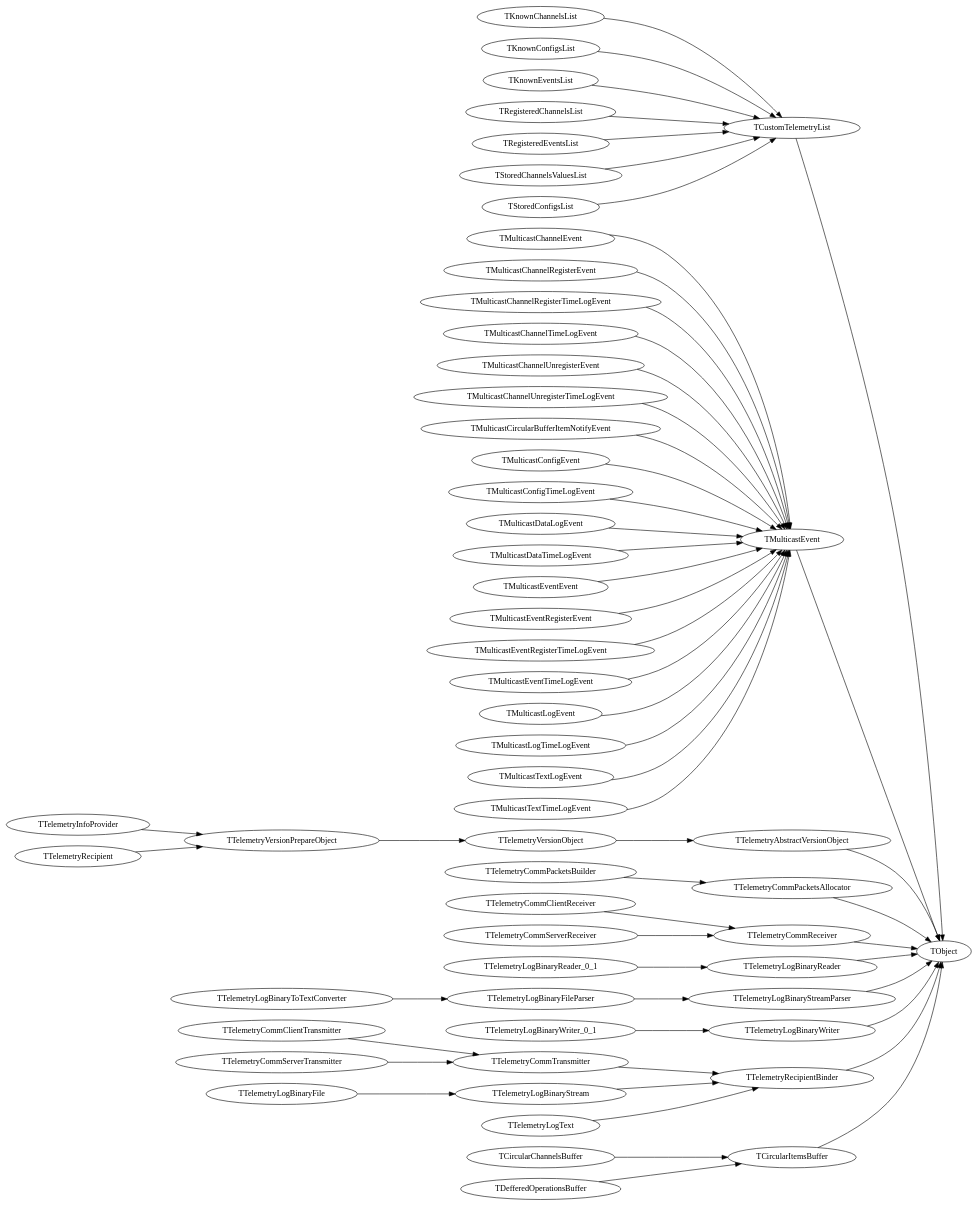
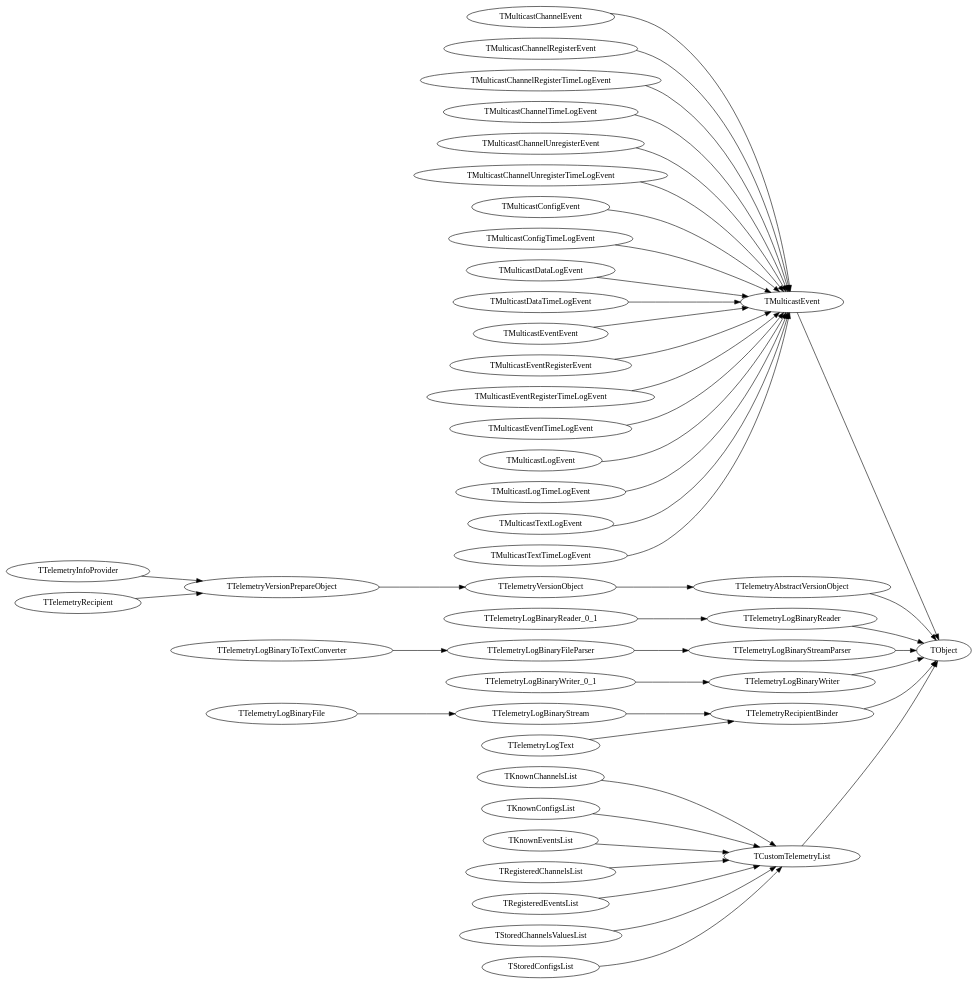
Before and after one commit to TheLazyTomcat/TelemetryLibrary: the diagram in Telemetry Library/Documentation/GVClasses.dot, drawn with Graphviz. The commit also changed 154 other files, not shown here.

```diff
--- a/Telemetry Library/Documentation/GVClasses.dot
+++ b/Telemetry Library/Documentation/GVClasses.dot
@@ -1,113 +1,89 @@
 DiGraph Classes {
 rankdir="LR"
-  TCircularItemsBuffer -> TObject
-  TCircularItemsBuffer [href="TelemetryCommCircularBuffers.TCircularItemsBuffer.html"]
-  TCircularChannelsBuffer -> TCircularItemsBuffer
-  TCircularChannelsBuffer [href="TelemetryCommCircularBuffers.TCircularChannelsBuffer.html"]
-  TDefferedOperationsBuffer -> TCircularItemsBuffer
-  TDefferedOperationsBuffer [href="TelemetryCommCircularBuffers.TDefferedOperationsBuffer.html"]
   TCustomTelemetryList -> TObject
   TCustomTelemetryList [href="TelemetryLists.TCustomTelemetryList.html"]
   TKnownChannelsList -> TCustomTelemetryList
   TKnownChannelsList [href="TelemetryLists.TKnownChannelsList.html"]
   TKnownConfigsList -> TCustomTelemetryList
   TKnownConfigsList [href="TelemetryLists.TKnownConfigsList.html"]
   TKnownEventsList -> TCustomTelemetryList
   TKnownEventsList [href="TelemetryLists.TKnownEventsList.html"]
   TRegisteredChannelsList -> TCustomTelemetryList
   TRegisteredChannelsList [href="TelemetryLists.TRegisteredChannelsList.html"]
   TRegisteredEventsList -> TCustomTelemetryList
   TRegisteredEventsList [href="TelemetryLists.TRegisteredEventsList.html"]
   TStoredChannelsValuesList -> TCustomTelemetryList
   TStoredChannelsValuesList [href="TelemetryLists.TStoredChannelsValuesList.html"]
   TStoredConfigsList -> TCustomTelemetryList
   TStoredConfigsList [href="TelemetryLists.TStoredConfigsList.html"]
   TMulticastEvent -> TObject
   TMulticastEvent [href="TelemetryCommon.TMulticastEvent.html"]
   TMulticastChannelEvent -> TMulticastEvent
   TMulticastChannelEvent [href="TelemetryRecipient.TMulticastChannelEvent.html"]
   TMulticastChannelRegisterEvent -> TMulticastEvent
   TMulticastChannelRegisterEvent [href="TelemetryRecipient.TMulticastChannelRegisterEvent.html"]
   TMulticastChannelRegisterTimeLogEvent -> TMulticastEvent
   TMulticastChannelRegisterTimeLogEvent [href="TelemetryLogBinaryParser.TMulticastChannelRegisterTimeLogEvent.html"]
   TMulticastChannelTimeLogEvent -> TMulticastEvent
   TMulticastChannelTimeLogEvent [href="TelemetryLogBinaryParser.TMulticastChannelTimeLogEvent.html"]
   TMulticastChannelUnregisterEvent -> TMulticastEvent
   TMulticastChannelUnregisterEvent [href="TelemetryRecipient.TMulticastChannelUnregisterEvent.html"]
   TMulticastChannelUnregisterTimeLogEvent -> TMulticastEvent
   TMulticastChannelUnregisterTimeLogEvent [href="TelemetryLogBinaryParser.TMulticastChannelUnregisterTimeLogEvent.html"]
-  TMulticastCircularBufferItemNotifyEvent -> TMulticastEvent
-  TMulticastCircularBufferItemNotifyEvent [href="TelemetryCommCircularBuffers.TMulticastCircularBufferItemNotifyEvent.html"]
   TMulticastConfigEvent -> TMulticastEvent
   TMulticastConfigEvent [href="TelemetryRecipient.TMulticastConfigEvent.html"]
   TMulticastConfigTimeLogEvent -> TMulticastEvent
   TMulticastConfigTimeLogEvent [href="TelemetryLogBinaryParser.TMulticastConfigTimeLogEvent.html"]
   TMulticastDataLogEvent -> TMulticastEvent
   TMulticastDataLogEvent [href="TelemetryLogBinaryParser.TMulticastDataLogEvent.html"]
   TMulticastDataTimeLogEvent -> TMulticastEvent
   TMulticastDataTimeLogEvent [href="TelemetryLogBinaryParser.TMulticastDataTimeLogEvent.html"]
   TMulticastEventEvent -> TMulticastEvent
   TMulticastEventEvent [href="TelemetryRecipient.TMulticastEventEvent.html"]
   TMulticastEventRegisterEvent -> TMulticastEvent
   TMulticastEventRegisterEvent [href="TelemetryRecipient.TMulticastEventRegisterEvent.html"]
   TMulticastEventRegisterTimeLogEvent -> TMulticastEvent
   TMulticastEventRegisterTimeLogEvent [href="TelemetryLogBinaryParser.TMulticastEventRegisterTimeLogEvent.html"]
   TMulticastEventTimeLogEvent -> TMulticastEvent
   TMulticastEventTimeLogEvent [href="TelemetryLogBinaryParser.TMulticastEventTimeLogEvent.html"]
   TMulticastLogEvent -> TMulticastEvent
   TMulticastLogEvent [href="TelemetryRecipient.TMulticastLogEvent.html"]
   TMulticastLogTimeLogEvent -> TMulticastEvent
   TMulticastLogTimeLogEvent [href="TelemetryLogBinaryParser.TMulticastLogTimeLogEvent.html"]
   TMulticastTextLogEvent -> TMulticastEvent
   TMulticastTextLogEvent [href="TelemetryLogBinaryParser.TMulticastTextLogEvent.html"]
   TMulticastTextTimeLogEvent -> TMulticastEvent
   TMulticastTextTimeLogEvent [href="TelemetryLogBinaryParser.TMulticastTextTimeLogEvent.html"]
   TTelemetryAbstractVersionObject -> TObject
   TTelemetryAbstractVersionObject [href="TelemetryVersionObjects.TTelemetryAbstractVersionObject.html"]
   TTelemetryVersionObject -> TTelemetryAbstractVersionObject
   TTelemetryVersionObject [href="TelemetryVersionObjects.TTelemetryVersionObject.html"]
   TTelemetryVersionPrepareObject -> TTelemetryVersionObject
   TTelemetryVersionPrepareObject [href="TelemetryVersionObjects.TTelemetryVersionPrepareObject.html"]
   TTelemetryInfoProvider -> TTelemetryVersionPrepareObject
   TTelemetryInfoProvider [href="TelemetryInfoProvider.TTelemetryInfoProvider.html"]
   TTelemetryRecipient -> TTelemetryVersionPrepareObject
   TTelemetryRecipient [href="TelemetryRecipient.TTelemetryRecipient.html"]
-  TTelemetryCommPacketsAllocator -> TObject
-  TTelemetryCommPacketsAllocator [href="TelemetryCommPacketsAllocator.TTelemetryCommPacketsAllocator.html"]
-  TTelemetryCommPacketsBuilder -> TTelemetryCommPacketsAllocator
-  TTelemetryCommPacketsBuilder [href="TelemetryCommPacketsBuilder.TTelemetryCommPacketsBuilder.html"]
-  TTelemetryCommReceiver -> TObject
-  TTelemetryCommReceiver [href="TelemetryCommReceiver.TTelemetryCommReceiver.html"]
-  TTelemetryCommClientReceiver -> TTelemetryCommReceiver
-  TTelemetryCommClientReceiver [href="TelemetryCommReceiver.TTelemetryCommClientReceiver.html"]
-  TTelemetryCommServerReceiver -> TTelemetryCommReceiver
-  TTelemetryCommServerReceiver [href="TelemetryCommReceiver.TTelemetryCommServerReceiver.html"]
   TTelemetryLogBinaryReader -> TObject
   TTelemetryLogBinaryReader [href="TelemetryLogBinaryParser.TTelemetryLogBinaryReader.html"]
   TTelemetryLogBinaryReader_0_1 -> TTelemetryLogBinaryReader
   TTelemetryLogBinaryReader_0_1 [href="TelemetryLogBinaryParser.TTelemetryLogBinaryReader_0_1.html"]
   TTelemetryLogBinaryStreamParser -> TObject
   TTelemetryLogBinaryStreamParser [href="TelemetryLogBinaryParser.TTelemetryLogBinaryStreamParser.html"]
   TTelemetryLogBinaryFileParser -> TTelemetryLogBinaryStreamParser
   TTelemetryLogBinaryFileParser [href="TelemetryLogBinaryParser.TTelemetryLogBinaryFileParser.html"]
   TTelemetryLogBinaryToTextConverter -> TTelemetryLogBinaryFileParser
   TTelemetryLogBinaryToTextConverter [href="TelemetryLogBinaryParser.TTelemetryLogBinaryToTextConverter.html"]
   TTelemetryLogBinaryWriter -> TObject
   TTelemetryLogBinaryWriter [href="TelemetryLogBinary.TTelemetryLogBinaryWriter.html"]
   TTelemetryLogBinaryWriter_0_1 -> TTelemetryLogBinaryWriter
   TTelemetryLogBinaryWriter_0_1 [href="TelemetryLogBinary.TTelemetryLogBinaryWriter_0_1.html"]
   TTelemetryRecipientBinder -> TObject
   TTelemetryRecipientBinder [href="TelemetryRecipientBinder.TTelemetryRecipientBinder.html"]
-  TTelemetryCommTransmitter -> TTelemetryRecipientBinder
-  TTelemetryCommTransmitter [href="TelemetryCommTransmitter.TTelemetryCommTransmitter.html"]
-  TTelemetryCommClientTransmitter -> TTelemetryCommTransmitter
-  TTelemetryCommClientTransmitter [href="TelemetryCommTransmitter.TTelemetryCommClientTransmitter.html"]
-  TTelemetryCommServerTransmitter -> TTelemetryCommTransmitter
-  TTelemetryCommServerTransmitter [href="TelemetryCommTransmitter.TTelemetryCommServerTransmitter.html"]
   TTelemetryLogBinaryStream -> TTelemetryRecipientBinder
   TTelemetryLogBinaryStream [href="TelemetryLogBinary.TTelemetryLogBinaryStream.html"]
   TTelemetryLogBinaryFile -> TTelemetryLogBinaryStream
   TTelemetryLogBinaryFile [href="TelemetryLogBinary.TTelemetryLogBinaryFile.html"]
   TTelemetryLogText -> TTelemetryRecipientBinder
   TTelemetryLogText [href="TelemetryLogText.TTelemetryLogText.html"]
 }
```
